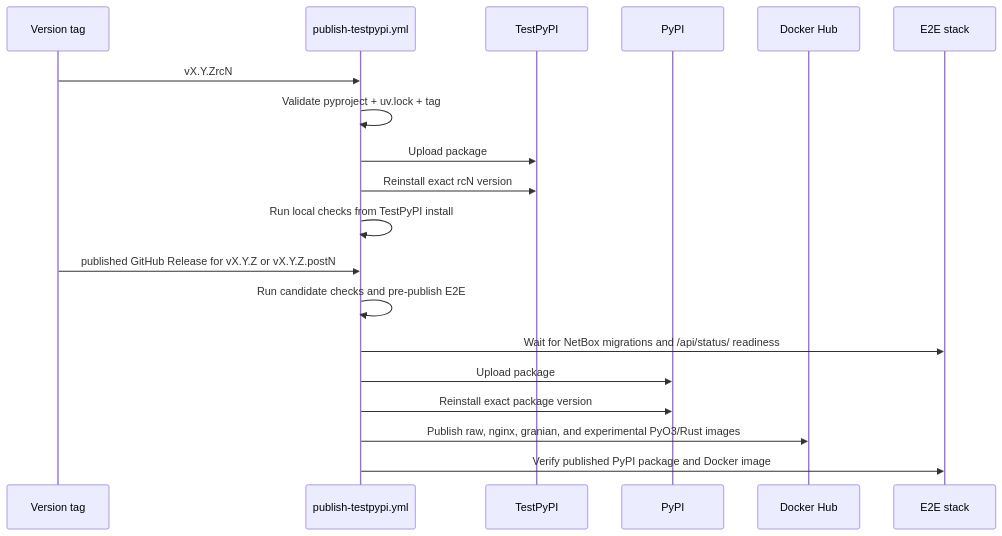
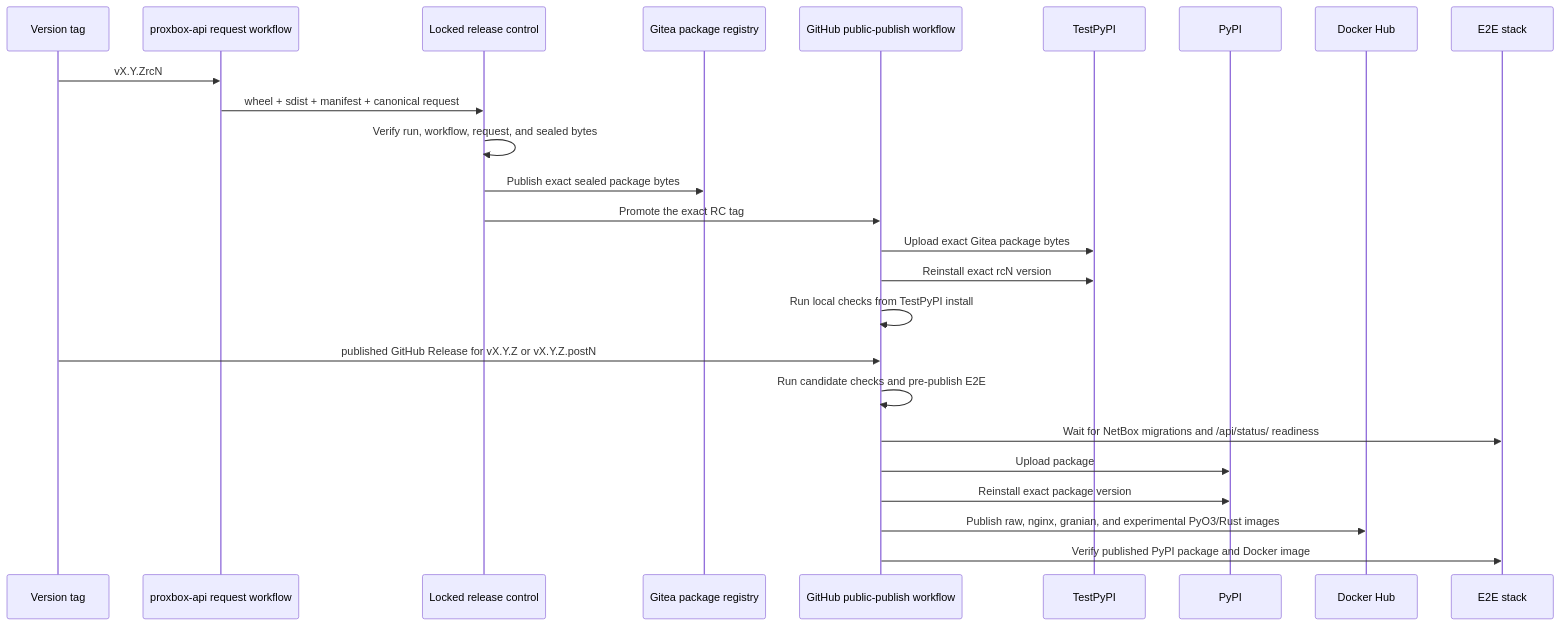
Before and after one commit to emersonfelipesp/proxbox-api: the second of 2 diagrams in docs/development/release-publishing.md, drawn with Mermaid. The commit also changed other lines of this file and 11 other files, not shown here.

Commit message:
Harden locked release-control handoff

````diff
--- a/docs/development/release-publishing.md
+++ b/docs/development/release-publishing.md
@@ -45,23 +46,29 @@
 ```mermaid
 sequenceDiagram
     participant Tag as Version tag
-    participant WF as publish-testpypi.yml
+    participant TargetWF as proxbox-api request workflow
+    participant Control as Locked release control
+    participant GP as Gitea package registry
+    participant WF as GitHub public-publish workflow
     participant TP as TestPyPI
     participant PY as PyPI
     participant DH as Docker Hub
     participant E2E as E2E stack
 
-    Tag->>WF: vX.Y.ZrcN
-    WF->>WF: Validate pyproject + uv.lock + tag
-    WF->>TP: Upload package
+    Tag->>TargetWF: vX.Y.ZrcN
+    TargetWF->>Control: wheel + sdist + manifest + canonical request
+    Control->>Control: Verify run, workflow, request, and sealed bytes
+    Control->>GP: Publish exact sealed package bytes
+    Control->>WF: Promote the exact RC tag
+    WF->>TP: Upload exact Gitea package bytes
     WF->>TP: Reinstall exact rcN version
     WF->>WF: Run local checks from TestPyPI install
 
     Tag->>WF: published GitHub Release for vX.Y.Z or vX.Y.Z.postN
     WF->>WF: Run candidate checks and pre-publish E2E
     WF->>E2E: Wait for NetBox migrations and /api/status/ readiness
     WF->>PY: Upload package
     WF->>PY: Reinstall exact package version
     WF->>DH: Publish raw, nginx, granian, and experimental PyO3/Rust images
     WF->>E2E: Verify published PyPI package and Docker image
 ```
````
